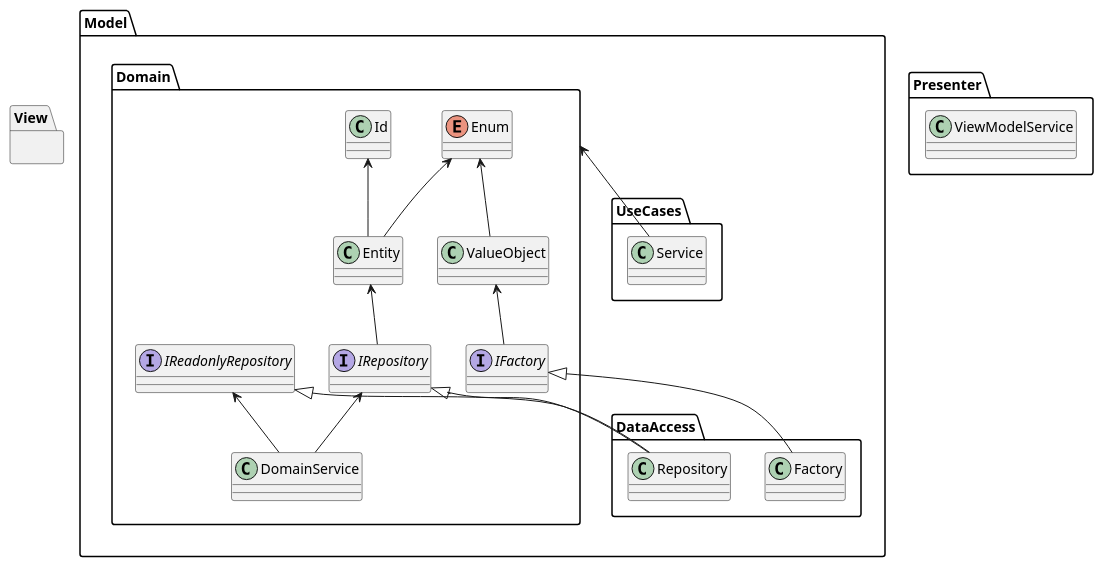
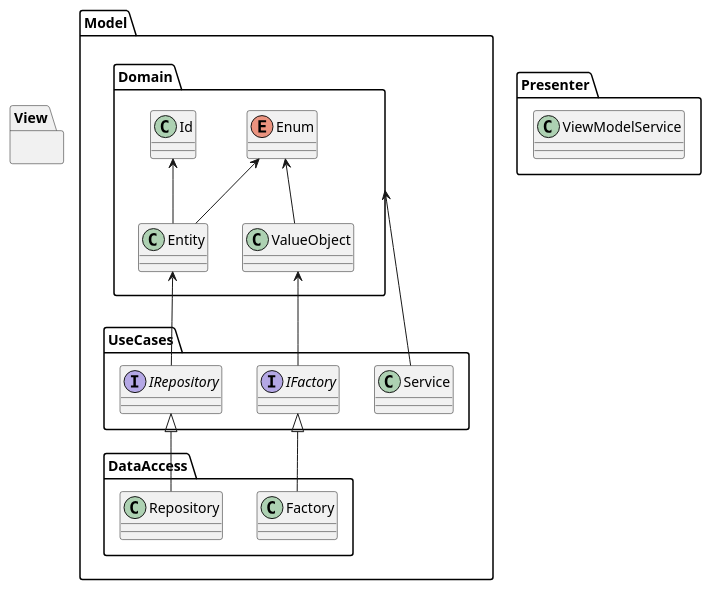
Before and after one commit to natsuhiko-maekawa/RPG: the diagram in Documents/PlantUML/ClassDiagram.puml, drawn with PlantUML.

Commit message:
クラス図を修正

```diff
--- a/Documents/PlantUML/ClassDiagram.puml
+++ b/Documents/PlantUML/ClassDiagram.puml
@@ -1,49 +1,43 @@
 @startuml
 'https://plantuml.com/class-diagram
 
 package Model{
     package Domain{
         enum Enum
         class Id
         class Entity
         class ValueObject
-        class DomainService
-        interface IRepository
-        interface IReadonlyRepository
-        interface IFactory
         Enum <-- Entity
         Id <-- Entity
         Enum <-- ValueObject
-        IRepository <-- DomainService
-        IReadonlyRepository <-- DomainService
     }
     
     package UseCases{
         class Service
-    
+        interface IRepository
+        interface IFactory
         Domain <-- Service
         Entity <-- IRepository
         ValueObject <-- IFactory
     }
     
     package DataAccess{
         class Repository
         class Factory
         IRepository <|-- Repository
-        IReadonlyRepository <|-- Repository
         IFactory <|-- Factory
     }
 }
 
 package Presenter{
     class ViewModelService
 }
 
 package View{
 }
 
 
 
 
 
 @enduml
```
